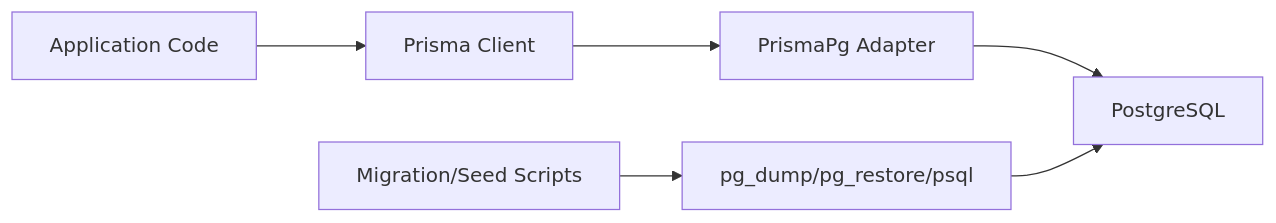
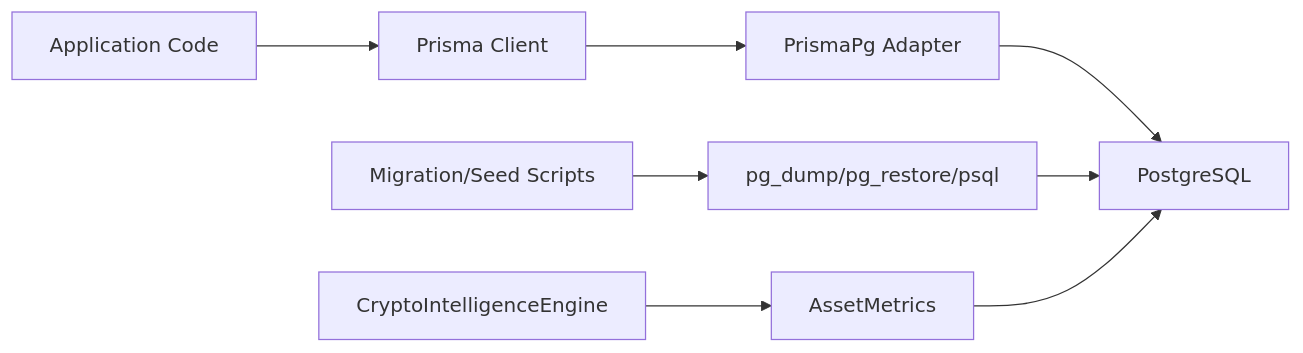
Before and after one commit to ecryptoguru/lyraalpha: the ninth of 9 diagrams in .qoder/repowiki/en/content/Architecture & Design/Database Design.md, drawn with Mermaid. The commit also changed other lines of this file and 95 other files, not shown here.

````diff
--- a/.qoder/repowiki/en/content/Architecture & Design/Database Design.md
+++ b/.qoder/repowiki/en/content/Architecture & Design/Database Design.md
@@ -662,8 +794,10 @@
 ```mermaid
 graph LR
 App["Application Code"] --> Prisma["Prisma Client"]
 Prisma --> Adapter["PrismaPg Adapter"]
 Adapter --> DB["PostgreSQL"]
 Scripts["Migration/Seed Scripts"] --> Tools["pg_dump/pg_restore/psql"]
 Tools --> DB
+CryptoEngine["CryptoIntelligenceEngine"] --> AssetMetrics["AssetMetrics"]
+AssetMetrics --> DB
 ```
````
